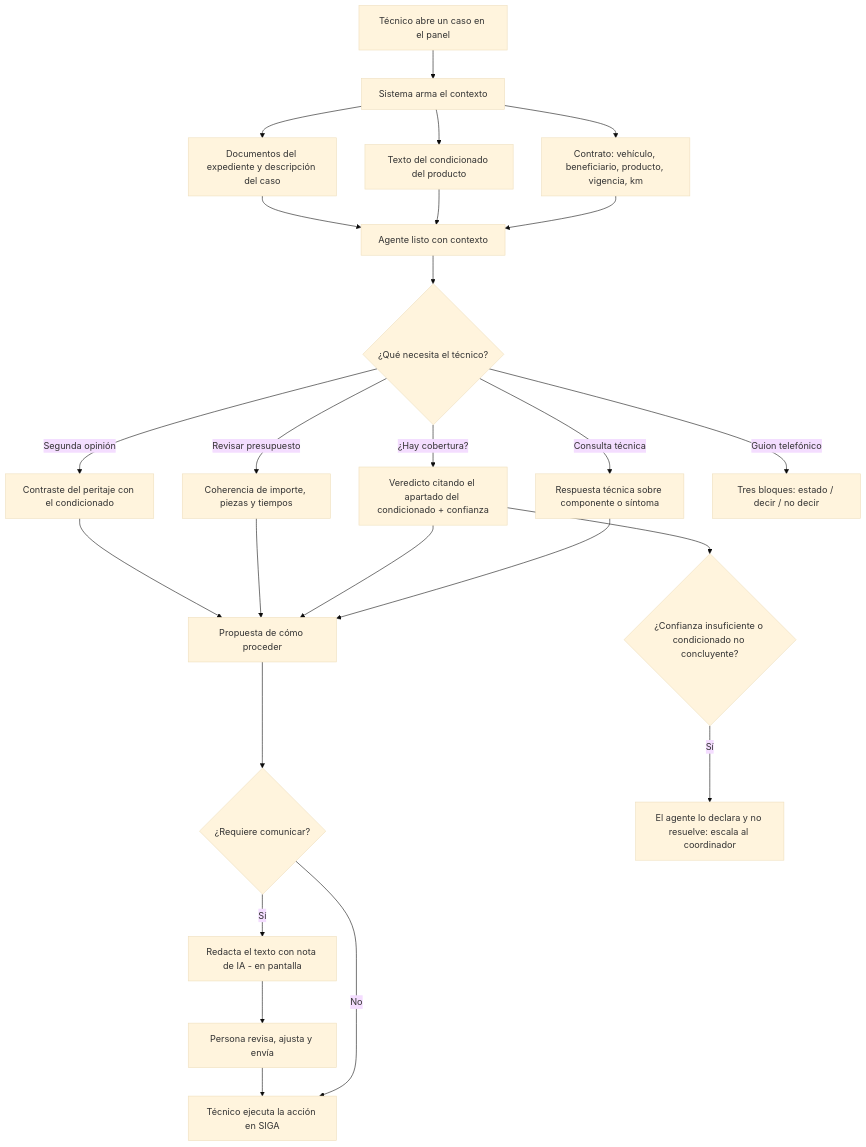
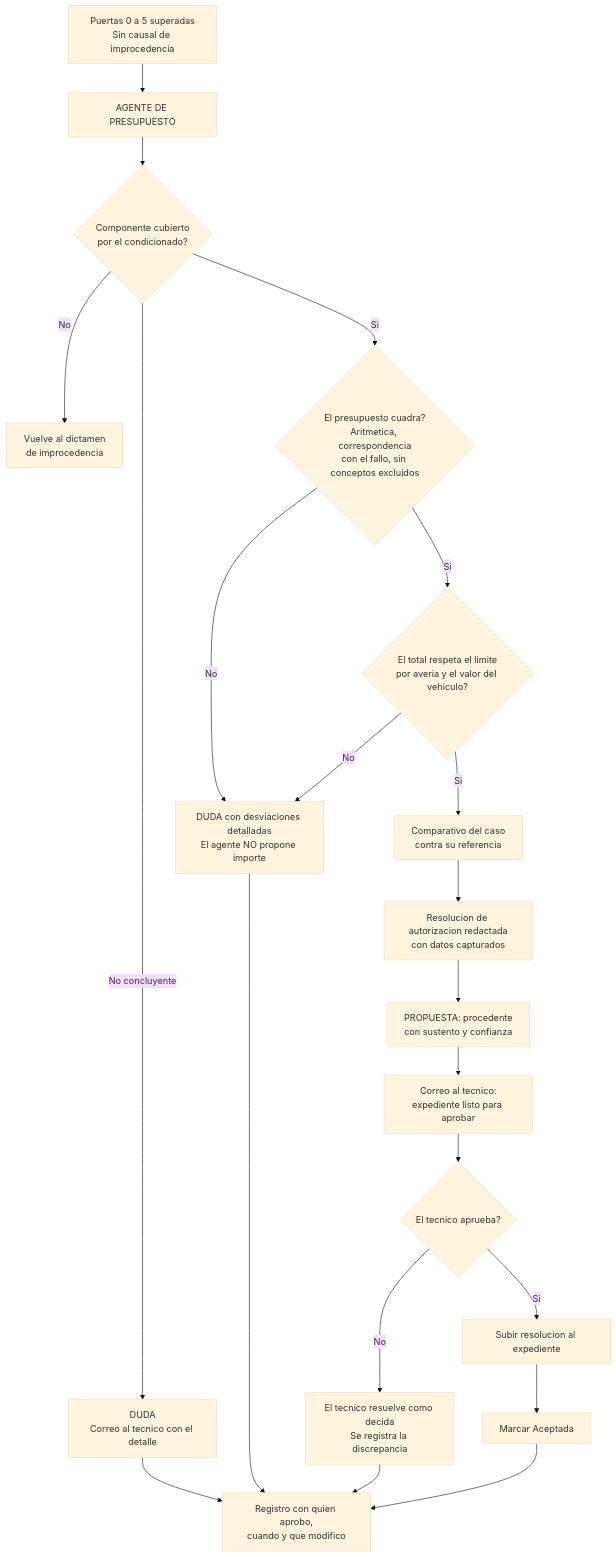
Before and after one commit to garantiplusmexico/enginecx_prd: the third of 5 diagrams in Desarrollos_internos/PJ1544-copiloto-averias/PRD.md, drawn with Mermaid (base theme). The commit also changed other lines of this file and 10 other files, not shown here.

Commit message:
feat(prd): Copiloto de Averias — PRD v0.2, automatizacion por etapas (1-5) del ciclo de dictamen + transcripts de David Simancas, Gisela Aldana, contrato Excellence, tablero LATAM y audio de estado futuro

````diff
--- a/Desarrollos_internos/PJ1544-copiloto-averias/PRD.md
+++ b/Desarrollos_internos/PJ1544-copiloto-averias/PRD.md
@@ -203,27 +316,23 @@
 ```mermaid
 flowchart TD
-    A[Técnico abre un caso en el panel] --> B[Sistema arma el contexto]
-    B --> B1[Contrato: vehículo, beneficiario, producto, vigencia, km]
-    B --> B2[Texto del condicionado del producto]
-    B --> B3[Documentos del expediente y descripción del caso]
-    B1 --> C[Agente listo con contexto]
-    B2 --> C
-    B3 --> C
-    C --> D{¿Qué necesita el técnico?}
-    D -- Consulta técnica --> E[Respuesta técnica sobre componente o síntoma]
-    D -- ¿Hay cobertura? --> F[Veredicto citando el apartado del condicionado + confianza]
-    D -- Revisar presupuesto --> G[Coherencia de importe, piezas y tiempos]
-    D -- Segunda opinión --> H[Contraste del peritaje con el condicionado]
-    D -- Guion telefónico --> I[Tres bloques: estado / decir / no decir]
-    E --> J[Propuesta de cómo proceder]
-    F --> J
-    G --> J
-    H --> J
-    J --> K{¿Requiere comunicar?}
-    K -- Sí --> L[Redacta el texto con nota de IA - en pantalla]
-    K -- No --> M[Técnico ejecuta la acción en SIGA]
-    L --> N[Persona revisa, ajusta y envía]
-    N --> M
-    F --> O{¿Confianza insuficiente o condicionado no concluyente?}
-    O -- Sí --> P[El agente lo declara y no resuelve: escala al coordinador]
+    A["Puertas 0 a 5 superadas<br/>Sin causal de improcedencia"] --> B["AGENTE DE PRESUPUESTO"]
+    B --> C{"Componente cubierto<br/>por el condicionado?"}
+    C -- No --> Z["Vuelve al dictamen<br/>de improcedencia"]
+    C -- "No concluyente" --> D["DUDA<br/>Correo al tecnico con el detalle"]
+    C -- Si --> E{"El presupuesto cuadra?<br/>Aritmetica, correspondencia<br/>con el fallo, sin conceptos excluidos"}
+    E -- No --> F["DUDA con desviaciones detalladas<br/>El agente NO propone importe"]
+    E -- Si --> G{"El total respeta el limite<br/>por averia y el valor del vehiculo?"}
+    G -- No --> F
+    G -- Si --> H["Comparativo del caso<br/>contra su referencia"]
+    H --> I["Resolucion de autorizacion redactada<br/>con datos capturados"]
+    I --> J["PROPUESTA: procedente<br/>con sustento y confianza"]
+    J --> K["Correo al tecnico:<br/>expediente listo para aprobar"]
+    K --> L{"El tecnico aprueba?"}
+    L -- No --> M["El tecnico resuelve como decida<br/>Se registra la discrepancia"]
+    L -- Si --> N["Subir resolucion al expediente"]
+    N --> O["Marcar Aceptada"]
+    O --> P["Registro con quien aprobo,<br/>cuando y que modifico"]
+    M --> P
+    D --> P
+    F --> P
 ```
````
